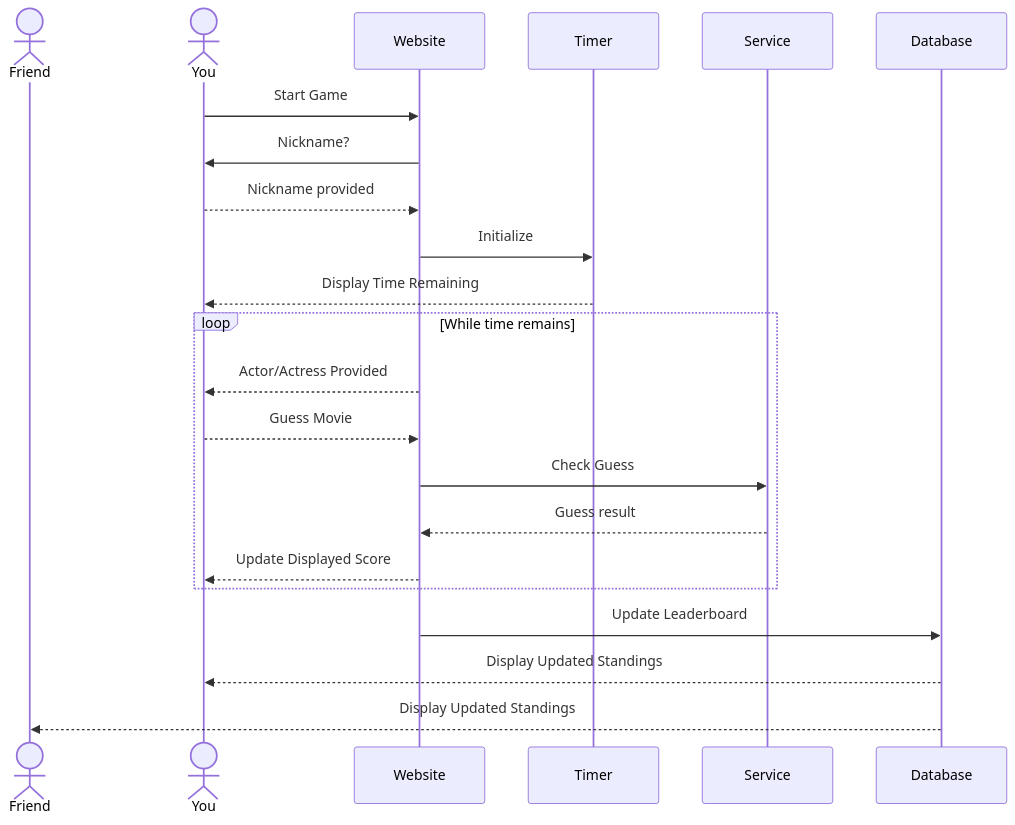
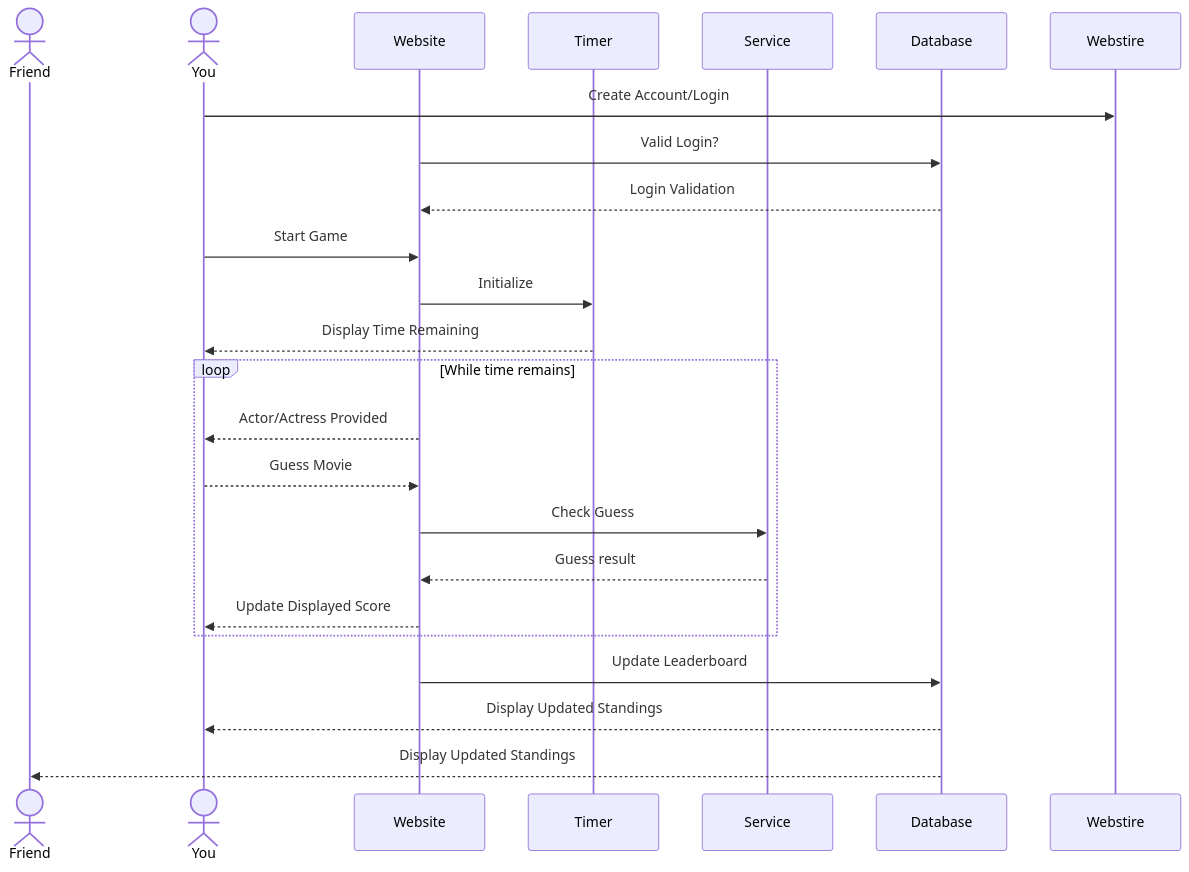
Before and after one commit to efoulk4/Actordle: the diagram in README.md, drawn with Mermaid. The commit also changed other lines of this file, not shown here.

Commit message:
Added login functionality and description

````diff
--- a/README.md
+++ b/README.md
@@ -18,25 +18,26 @@
 ```mermaid
 sequenceDiagram
     actor Friend
     actor You
     participant Website
     participant Timer
     participant Service
     participant Database
 
+    You->>Webstire: Create Account/Login
+    Website->>Database: Valid Login?
+    Database-->>Website: Login Validation
     You->>Website: Start Game
-    Website->>You: Nickname?
-    You-->>Website: Nickname provided
     Website->>Timer: Initialize
     Timer-->>You: Display Time Remaining
     loop While time remains
         Website-->>You: Actor/Actress Provided
         You-->>Website: Guess Movie
         Website->>Service: Check Guess
         Service-->>Website: Guess result
         Website-->>You: Update Displayed Score
     end
     Website->>Database: Update Leaderboard
     Database-->>You: Display Updated Standings
     Database-->>Friend: Display Updated Standings
 ```
````
